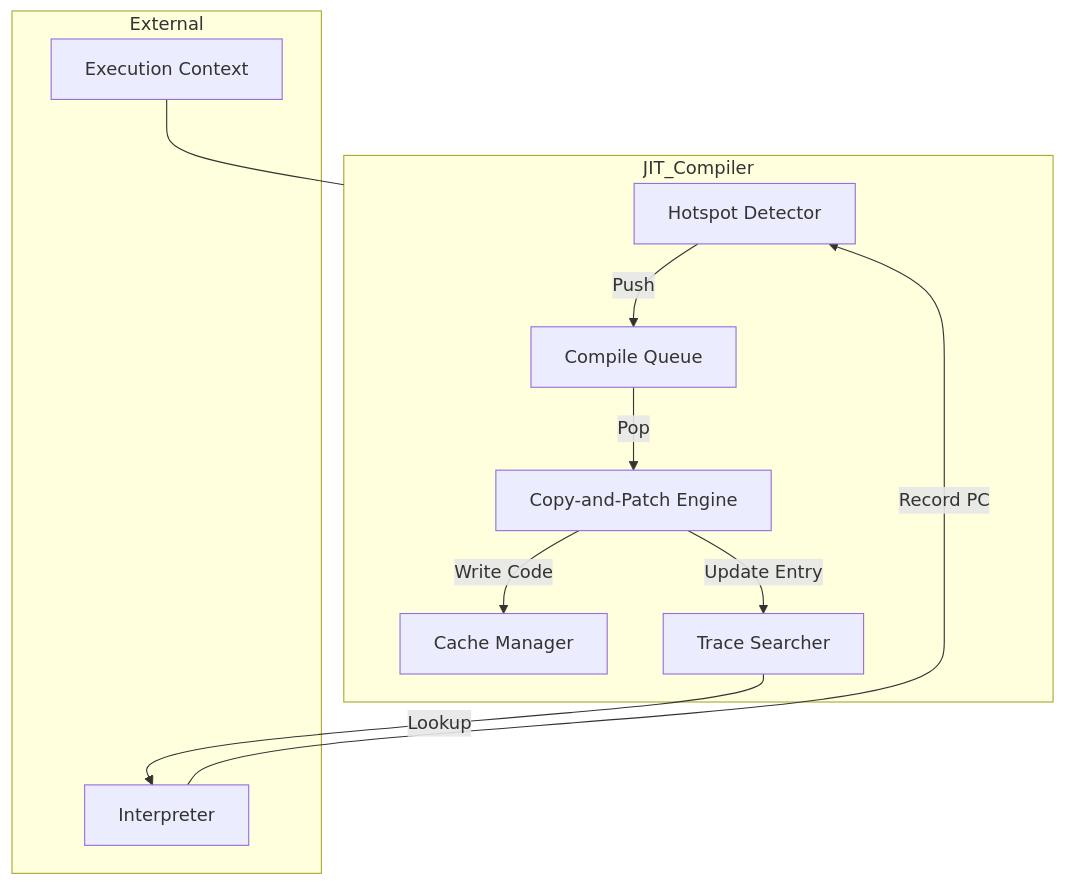
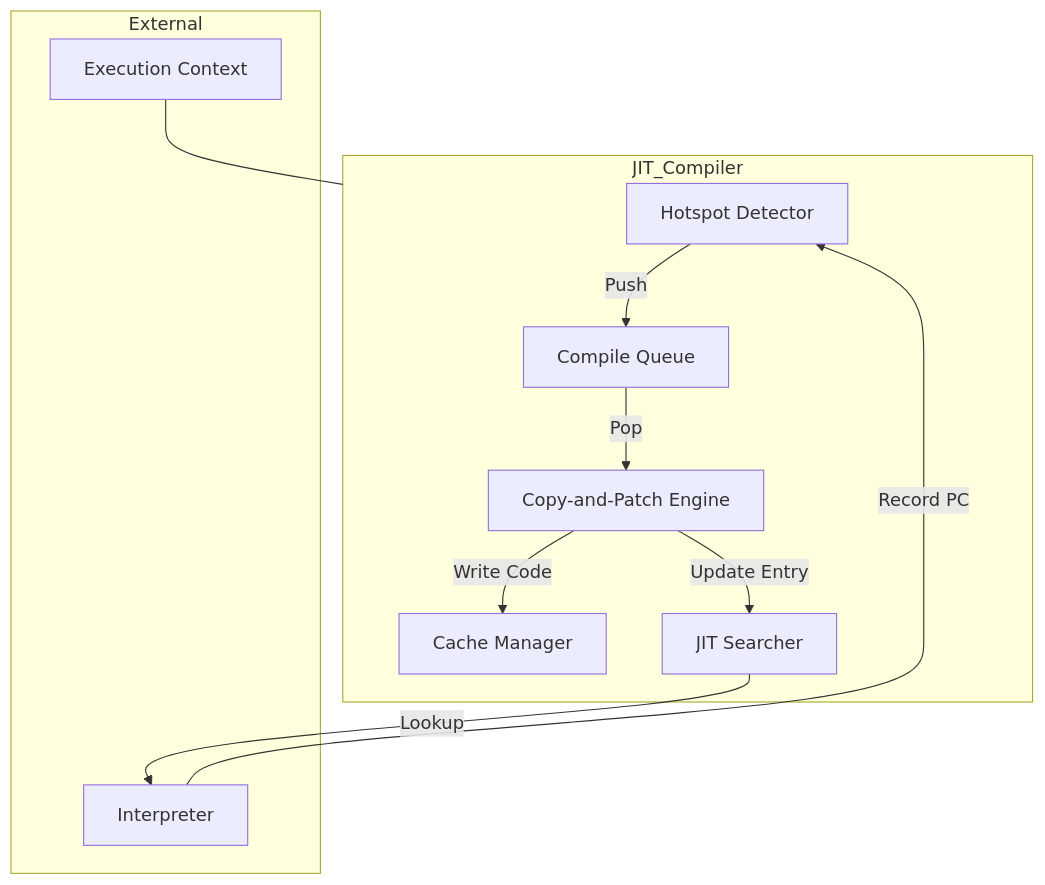
The first of 3 diagrams in docs/orders/components/jit_compiler.md (kmt-t/fireball), drawn with Mermaid before and after one commit. The commit also changed other lines of this file and 2 other files, not shown here.

Commit message:
refine jit compiler specs.

````diff
--- a/docs/orders/components/jit_compiler.md
+++ b/docs/orders/components/jit_compiler.md
@@ -18,23 +18,23 @@
 ```mermaid
 graph TD
     subgraph JIT_Compiler
         Detector[Hotspot Detector]
         Queue[Compile Queue]
         Engine[Copy-and-Patch Engine]
         Cache[Cache Manager]
-        Searcher[Trace Searcher]
+        Searcher[JIT Searcher]
     end
 
     subgraph External
         Interp[Interpreter]
         Context[Execution Context]
     end
 
     Interp -->|Record PC| Detector
     Detector -->|Push| Queue
     Queue -->|Pop| Engine
     Engine -->|Write Code| Cache
     Engine -->|Update Entry| Searcher
     Searcher -->|Lookup| Interp
     Context --- JIT_Compiler
 ```
````
